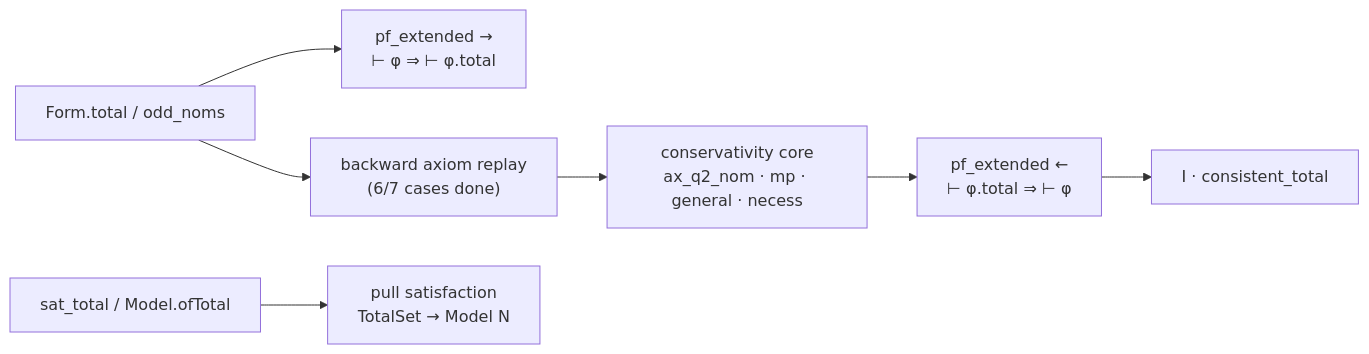
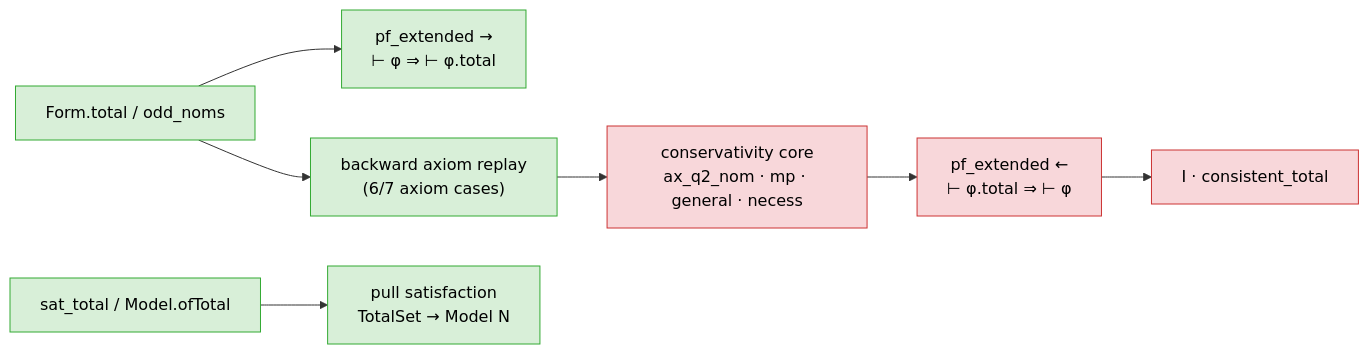
The second of 5 diagrams in arxiv.md (catskillsresearch/hybrid_logic_lean_revisited), drawn with Mermaid before and after one commit. The commit also changed other lines of this file and 2 other files, not shown here.

Commit message:
Add `subst_depth_bind` theorem in Substitutions.lean to establish depth relationships for substitutions in hybrid logic. Update truth lemma in CompletedModel.lean for clarity and consistency. Revise arxiv.md to reflect these enhancements and their implications for the completeness proof.

````diff
--- a/arxiv.md
+++ b/arxiv.md
@@ -246,9 +250,12 @@
 ```mermaid
 flowchart LR
-  tot["Form.total / odd_noms"] --> fwd["pf_extended →<br/>⊢ φ ⇒ ⊢ φ.total"]
-  tot --> bax["backward axiom replay<br/>(6/7 cases done)"]
-  bax --> core["conservativity core<br/>ax_q2_nom · mp · general · necess"]
-  core --> back["pf_extended ←<br/>⊢ φ.total ⇒ ⊢ φ"]
-  back --> ct["I · consistent_total"]
-  sat["sat_total / Model.ofTotal"] --> pull["pull satisfaction<br/>TotalSet → Model N"]
+  classDef pass fill:#d8efd8,stroke:#3a3,color:#000
+  classDef open fill:#f8d7da,stroke:#c33,color:#000
+
+  tot["Form.total / odd_noms"]:::pass --> fwd["pf_extended →<br/>⊢ φ ⇒ ⊢ φ.total"]:::pass
+  tot --> bax["backward axiom replay<br/>(6/7 axiom cases)"]:::pass
+  bax --> core["conservativity core<br/>ax_q2_nom · mp · general · necess"]:::open
+  core --> back["pf_extended ←<br/>⊢ φ.total ⇒ ⊢ φ"]:::open
+  back --> ct["I · consistent_total"]:::open
+  sat["sat_total / Model.ofTotal"]:::pass --> pull["pull satisfaction<br/>TotalSet → Model N"]:::pass
 ```
````
